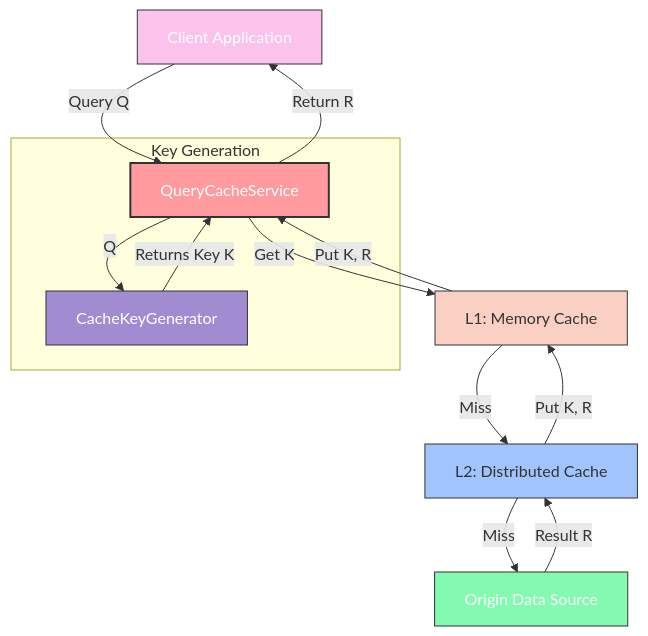
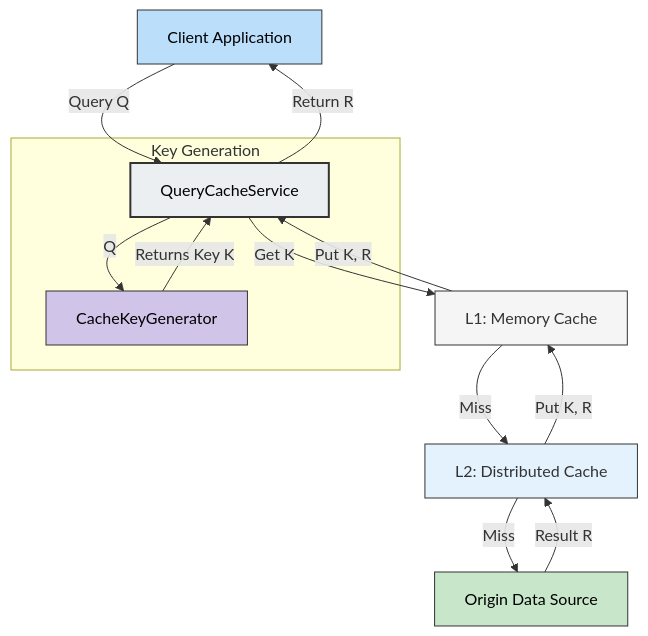
The first of 2 diagrams in README.md (pradhyu/query-cache-service), drawn with Mermaid before and after one commit.

Commit message:
Soften Mermaid diagram colors

````diff
--- a/README.md
+++ b/README.md
@@ -16,25 +16,25 @@
 ```mermaid
 graph TD
     Client[Client Application] -->|Query Q| Service[QueryCacheService]
     
     subgraph "Key Generation"
         Service -->|Q| KG[CacheKeyGenerator]
         KG -->|Returns Key K| Service
     end
     
     Service -->|Get K| L1[L1: Memory Cache]
     L1 -->|Miss| L2[L2: Distributed Cache]
     L2 -->|Miss| Origin[Origin Data Source]
     
     Origin -->|Result R| L2
     L2 -->|Put K, R| L1
     L1 -->|Put K, R| Service
     Service -->|Return R| Client
     
-    style Service fill:#ff9a9e,stroke:#333,stroke-width:2px,color:#fff
-    style KG fill:#a18cd1,stroke:#333,color:#fff
-    style Origin fill:#84fab0,stroke:#333,color:#fff
-    style Client fill:#fbc2eb,stroke:#333,color:#fff
-    style L1 fill:#fad0c4,stroke:#333
-    style L2 fill:#a1c4fd,stroke:#333
+    style Service fill:#eceff1,stroke:#333,stroke-width:2px,color:#000
+    style KG fill:#d1c4e9,stroke:#333,color:#000
+    style Origin fill:#c8e6c9,stroke:#333,color:#000
+    style Client fill:#bbdefb,stroke:#333,color:#000
+    style L1 fill:#f5f5f5,stroke:#333
+    style L2 fill:#e3f2fd,stroke:#333
 ```
````
